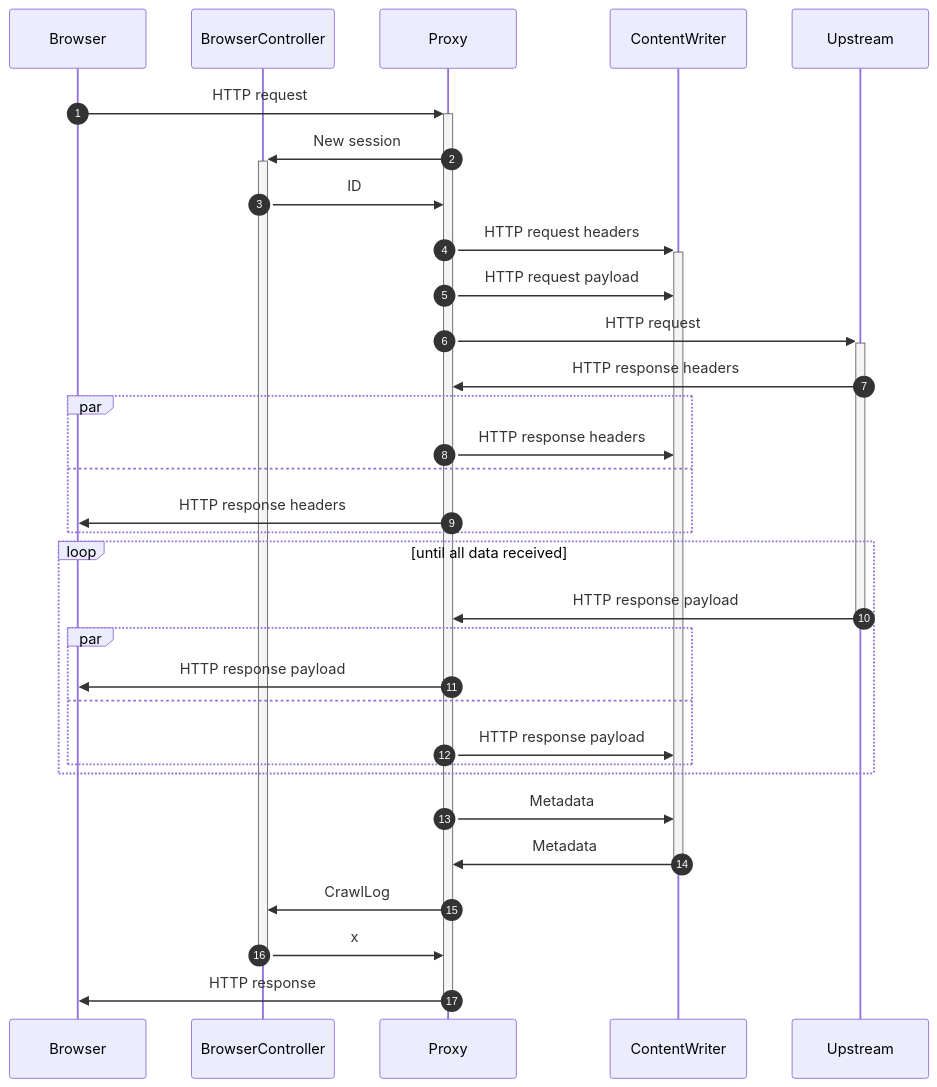
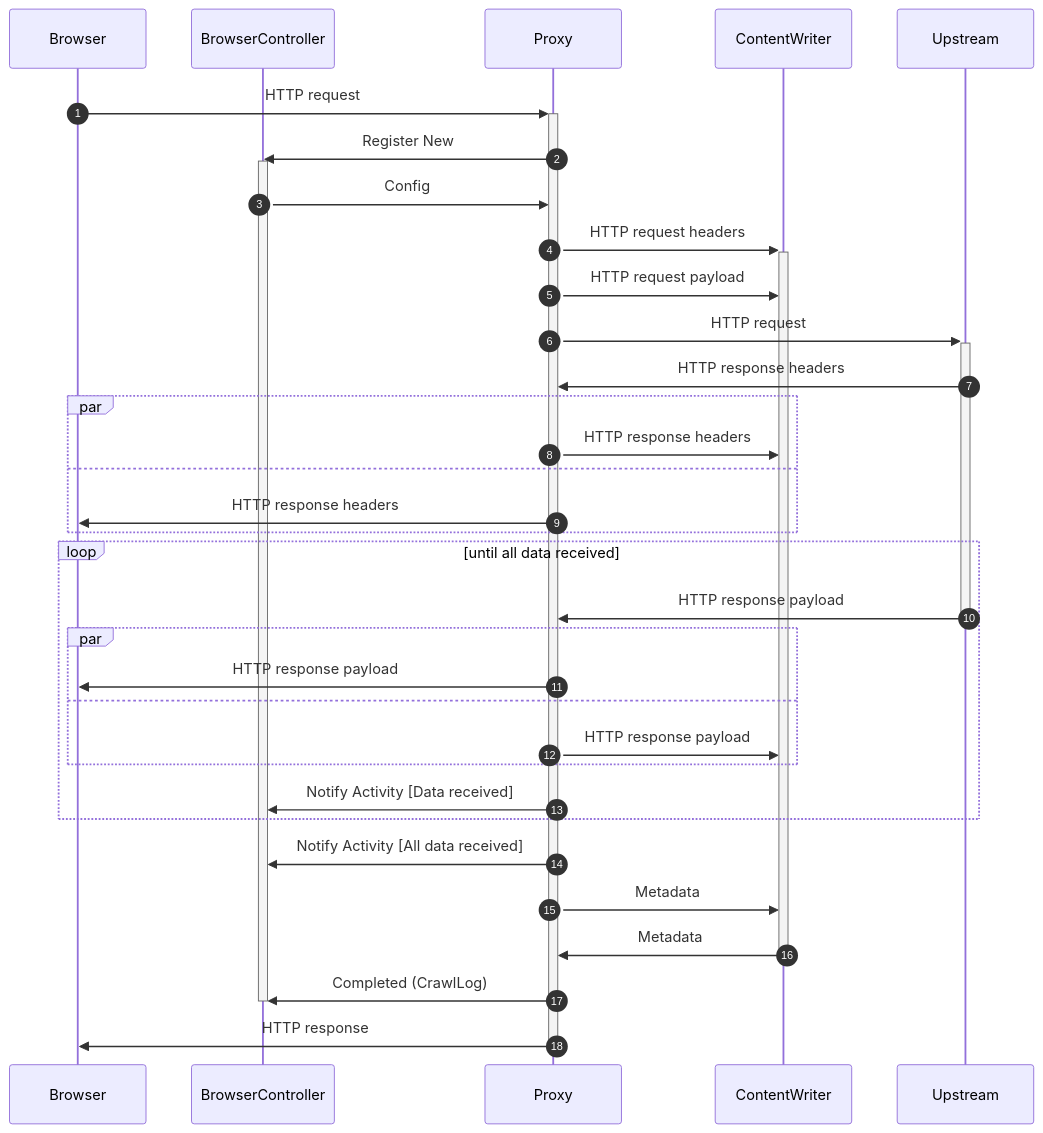
Before and after one commit to nlnwa/veidemann-recorderproxy: the diagram in README.md, drawn with Mermaid. The commit also changed other lines of this file, not shown here.

````diff
--- a/README.md
+++ b/README.md
@@ -8,34 +9,37 @@
 ```mermaid
 sequenceDiagram
     autonumber
     participant Browser
     participant BrowserController
     participant Proxy
     participant ContentWriter
     participant Upstream
     Browser->>+Proxy: HTTP request
-    Proxy->>+BrowserController: New session
-    BrowserController->>Proxy: ID
+    Proxy->>BrowserController: Register New
+    activate BrowserController
+    BrowserController->>Proxy: Config
     Proxy->>+ContentWriter: HTTP request headers
     Proxy->>ContentWriter: HTTP request payload
     Proxy->>+Upstream: HTTP request
     Upstream->>Proxy: HTTP response headers
     par
         Proxy->>ContentWriter: HTTP response headers
     and
         Proxy->>Browser: HTTP response headers
     end
     loop until all data received
         Upstream->>-Proxy: HTTP response payload
         par
             Proxy->>Browser: HTTP response payload
         and
             Proxy->>ContentWriter: HTTP response payload
         end
+        Proxy->>BrowserController: Notify Activity [Data received]
     end
+    Proxy->>BrowserController: Notify Activity [All data received]
     Proxy->>ContentWriter: Metadata
     ContentWriter->>-Proxy: Metadata
-    Proxy->>BrowserController: CrawlLog
-    BrowserController->>-Proxy: x
+    Proxy->>BrowserController: Completed (CrawlLog)
+    deactivate BrowserController
     Proxy->>-Browser: HTTP response
 ```
````
